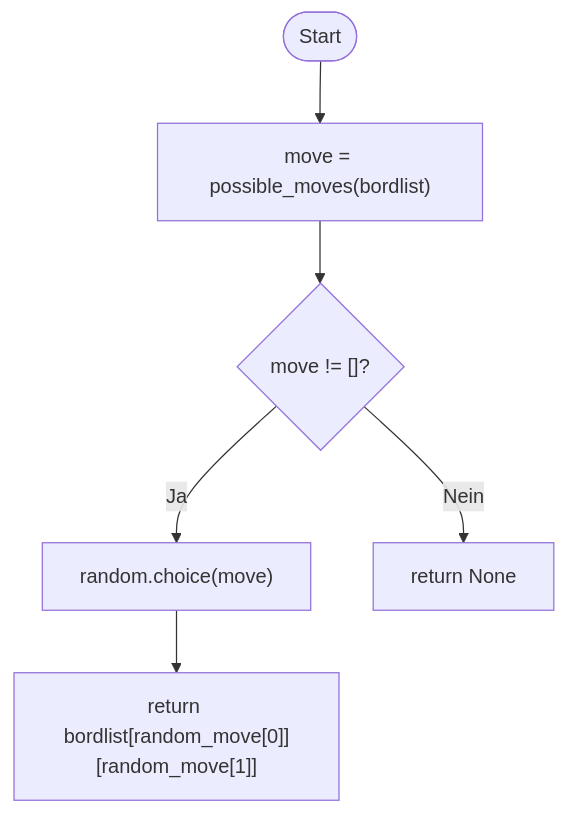
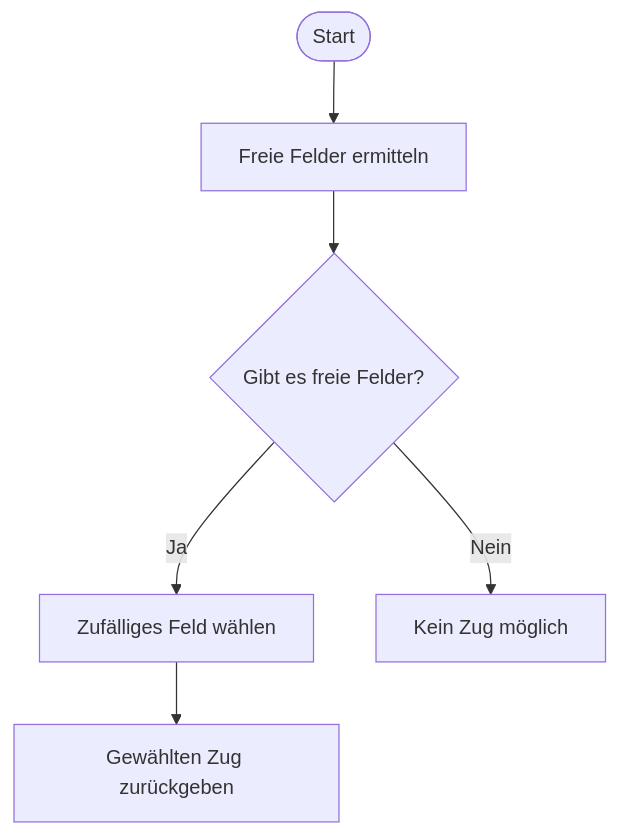
One commit to Finn965/Informatik-1-Softwareprojekt changed the ninth of 13 diagrams in flowchart.md. Above: the diagram before and after it, drawn with Mermaid. The commit also changed other lines of this file, not shown here.

````diff
--- a/flowchart.md
+++ b/flowchart.md
@@ -178,9 +178,9 @@
 ```mermaid
 flowchart TD
     Start([Start])
-    Start --> Moves["move = possible_moves(bordlist)"]
-    Moves --> HasMoves{"move != []?"}
-    HasMoves -- Ja --> Choose["random.choice(move)"]
-    Choose --> Return["return bordlist[random_move[0]][random_move[1]]"]
-    HasMoves -- Nein --> ReturnNone["return None"]
+    Start --> Moves["Freie Felder ermitteln"]
+    Moves --> HasMoves{"Gibt es freie Felder?"}
+    HasMoves -- Ja --> Choose["Zufälliges Feld wählen"]
+    Choose --> Return["Gewählten Zug zurückgeben"]
+    HasMoves -- Nein --> ReturnNone["Kein Zug möglich"]
 ```
````
